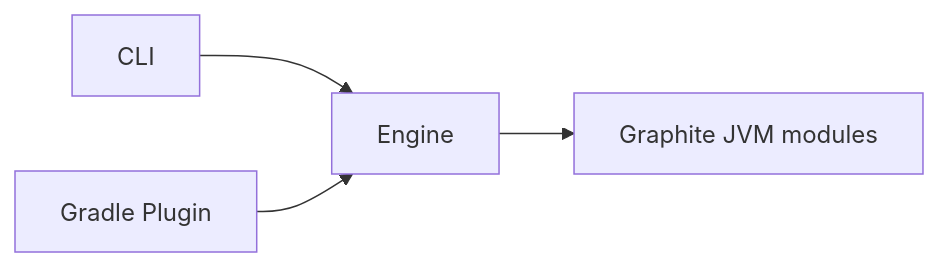
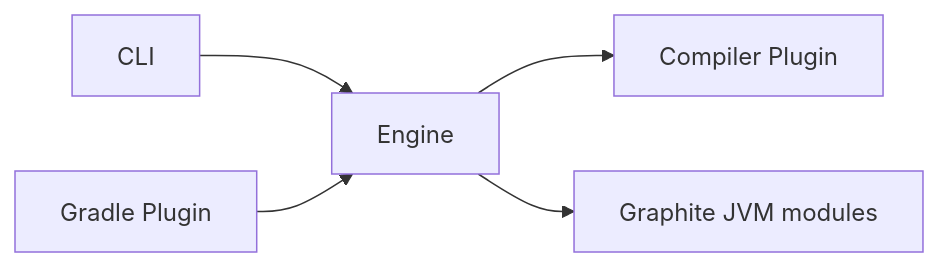
The first of 2 diagrams in docs/design.md (johnsonlee/GraphFold), drawn with Mermaid before and after one commit. The commit also changed other lines of this file and 72 other files, not shown here.

````diff
--- a/docs/design.md
+++ b/docs/design.md
@@ -71,6 +72,7 @@
 ```mermaid
 flowchart LR
     CLI[CLI] --> E[Engine]
     GP[Gradle Plugin] --> E
+    E --> CP[Compiler Plugin]
     E --> G[Graphite JVM modules]
 ```
````
